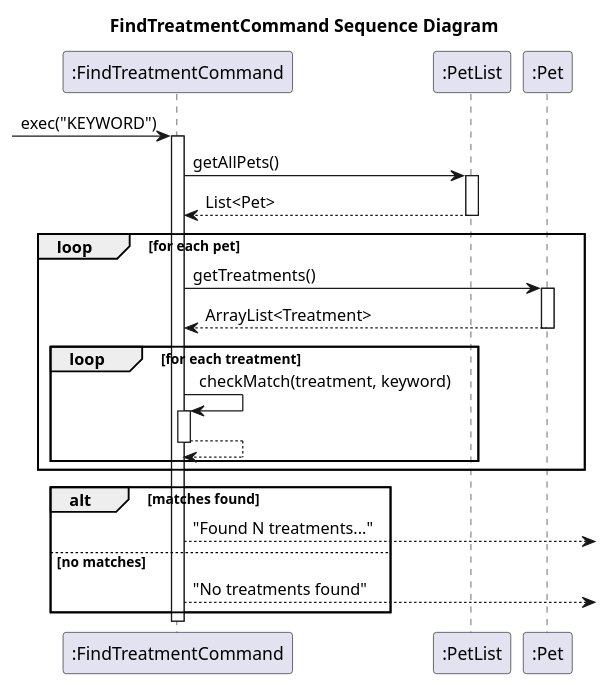
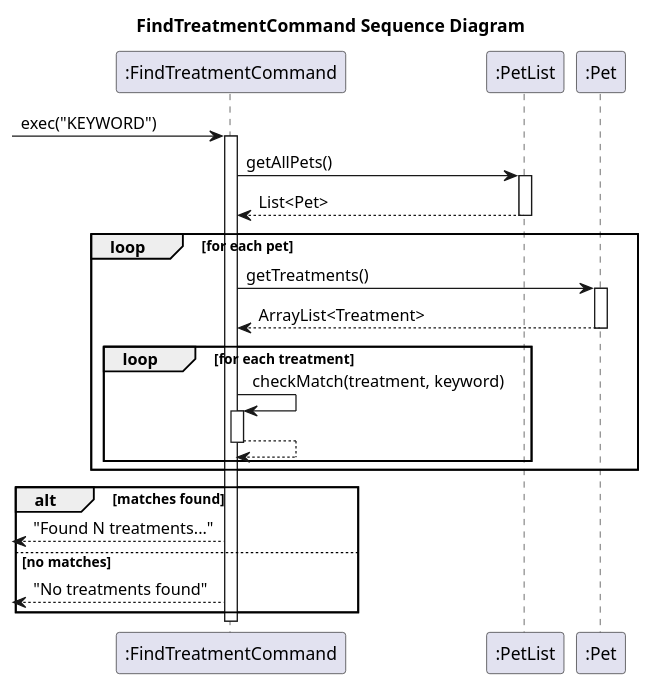
One commit to Kevin88866/tp changed the diagram in docs/uml/FindTreatmentCommandSequence.puml. Above: the diagram before and after it, drawn with PlantUML. The commit also changed 3 other files, not shown here.

Commit message:
Update sequence diagrams in developer guide

```diff
--- a/docs/uml/FindTreatmentCommandSequence.puml
+++ b/docs/uml/FindTreatmentCommandSequence.puml
@@ -1,38 +1,38 @@
 @startuml
 title FindTreatmentCommand Sequence Diagram
 
 participant ":FindTreatmentCommand" as FC
 participant ":PetList" as PetList
 participant ":Pet" as Pet
 
 -> FC : exec("KEYWORD")
 activate FC
 
 FC -> PetList : getAllPets()
 activate PetList
 PetList --> FC : List<Pet>
 deactivate PetList
 
 loop for each pet
   FC -> Pet : getTreatments()
   activate Pet
   Pet --> FC : ArrayList<Treatment>
   deactivate Pet
 
   loop for each treatment
     FC -> FC : checkMatch(treatment, keyword)
     activate FC
     FC --> FC
     deactivate FC
   end
 end
 
 alt matches found
-  FC --> : "Found N treatments..."
+  <-- FC : "Found N treatments..."
 else no matches
-  FC --> : "No treatments found"
+  <-- FC : "No treatments found"
 end
 
 deactivate FC
 
 @enduml
```
